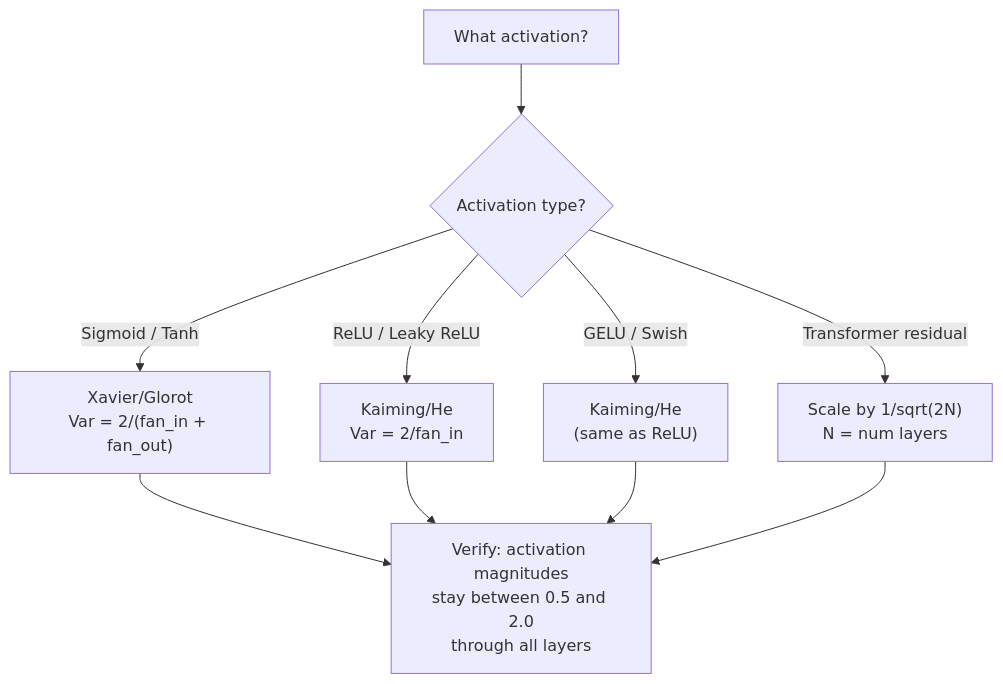
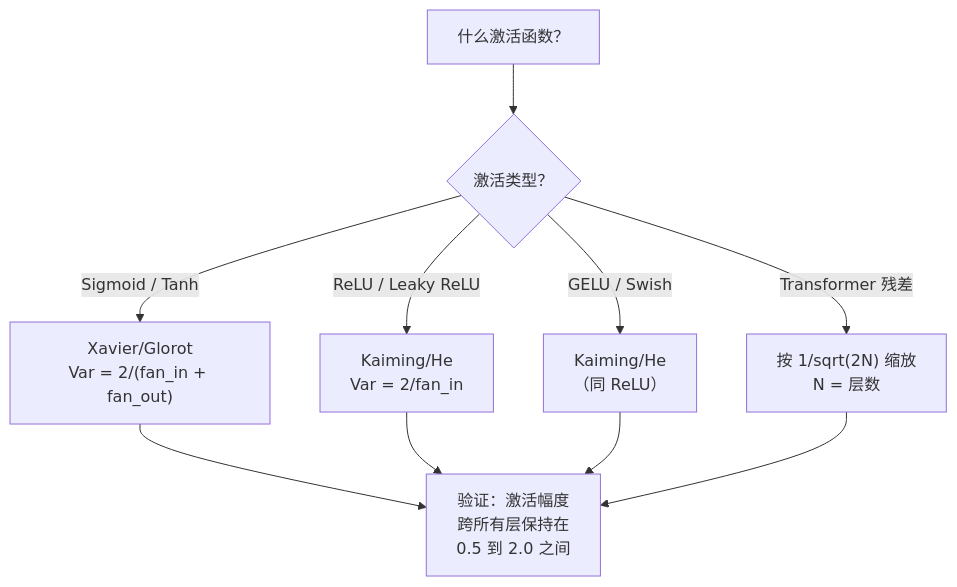
Before and after one commit to alessandrodinisio-ai/ai-engineering-learning-framework: the third of 3 diagrams in phases/03-deep-learning-core/08-weight-initialization/docs/zh.md, drawn with Mermaid. The commit also changed other lines of this file and 120 other files, not shown here.

First line of the commit message:
i18n(mermaid): 337 个 mermaid 图表标签中文化

````diff
--- a/phases/03-deep-learning-core/08-weight-initialization/docs/zh.md
+++ b/phases/03-deep-learning-core/08-weight-initialization/docs/zh.md
@@ -149,14 +149,14 @@
 ```mermaid
 flowchart TD
-    Start["What activation?"] --> Act{"Activation type?"}
+    Start["什么激活函数？"] --> Act{"激活类型？"}
 
     Act -->|"Sigmoid / Tanh"| Xavier["Xavier/Glorot<br/>Var = 2/(fan_in + fan_out)"]
     Act -->|"ReLU / Leaky ReLU"| Kaiming["Kaiming/He<br/>Var = 2/fan_in"]
-    Act -->|"GELU / Swish"| Kaiming2["Kaiming/He<br/>(same as ReLU)"]
-    Act -->|"Transformer residual"| GPT["Scale by 1/sqrt(2N)<br/>N = num layers"]
+    Act -->|"GELU / Swish"| Kaiming2["Kaiming/He<br/>（同 ReLU）"]
+    Act -->|"Transformer 残差"| GPT["按 1/sqrt(2N) 缩放<br/>N = 层数"]
 
-    Xavier --> Check["Verify: activation magnitudes<br/>stay between 0.5 and 2.0<br/>through all layers"]
+    Xavier --> Check["验证：激活幅度<br/>跨所有层保持在<br/>0.5 到 2.0 之间"]
     Kaiming --> Check
     Kaiming2 --> Check
     GPT --> Check
 ```
````
